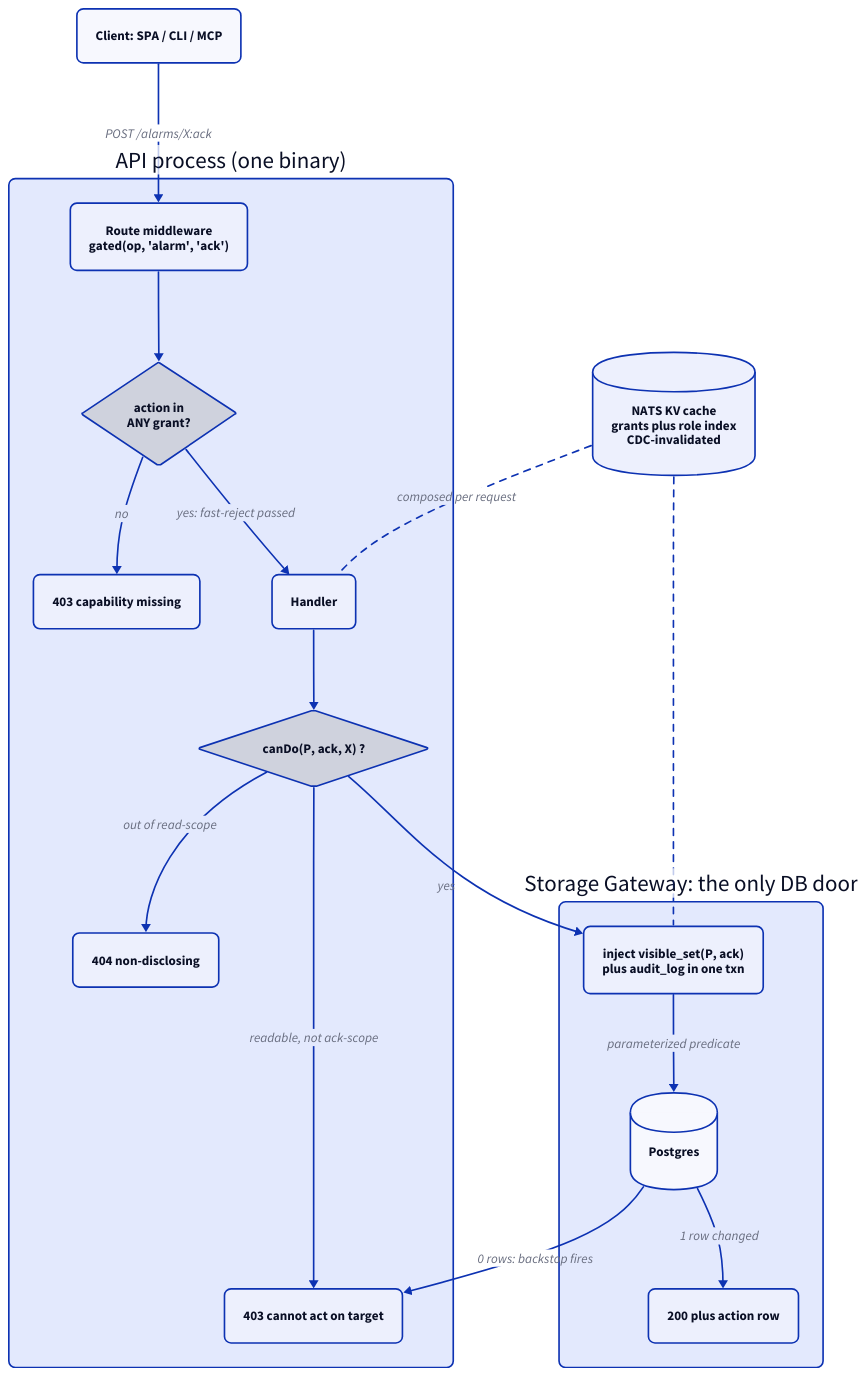
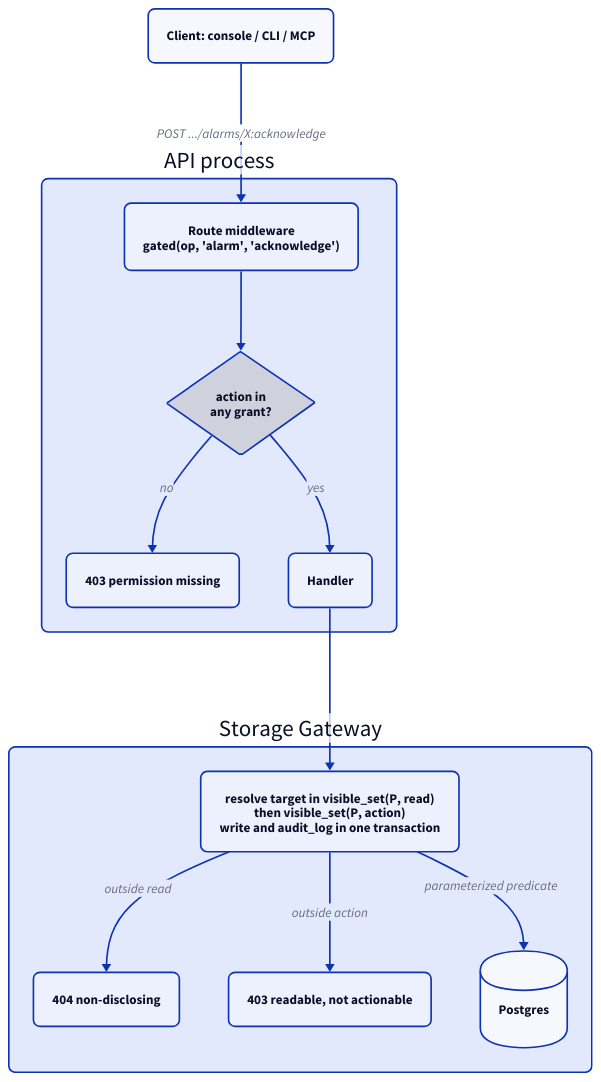
One commit to hyperscaleav/omniglass changed the diagram in docs/src/content/docs/architecture/identity-access.mdx. Above: the diagram before and after it, drawn with D2. The commit also changed other lines of this file and 8 other files, not shown here.

First line of the commit message:
docs: rebuild the Architecture platform pages

````diff
--- a/docs/src/content/docs/architecture/identity-access.mdx
+++ b/docs/src/content/docs/architecture/identity-access.mdx
@@ -443,38 +317,30 @@
 ```d2
 direction: down
 classes: {
   node: { style.border-radius: 8 }
   group: { style.border-radius: 8 }
 }
-client: "Client: SPA / CLI / MCP" { class: node }
-api: "API process (one binary)" {
+client: "Client: console / CLI / MCP" { class: node }
+api: "API process" {
   class: group
-  mw: "Route middleware\ngated(op, 'alarm', 'ack')" { class: node }
-  mwq: "action in\nANY grant?" { class: node; shape: diamond }
-  e403a: "403 capability missing" { class: node }
+  mw: "Route middleware\ngated(op, 'alarm', 'acknowledge')" { class: node }
+  mwq: "action in\nany grant?" { class: node; shape: diamond }
+  e403a: "403 permission missing" { class: node }
   handler: "Handler" { class: node }
-  hq: "canDo(P, ack, X) ?" { class: node; shape: diamond }
-  e403b: "403 cannot act on target" { class: node }
-  e404: "404 non-disclosing" { class: node }
   mw -> mwq
   mwq -> e403a: "no"
-  mwq -> handler: "yes: fast-reject passed"
-  handler -> hq
-  hq -> e403b: "readable, not ack-scope"
-  hq -> e404: "out of read-scope"
+  mwq -> handler: "yes"
 }
-gwbox: "Storage Gateway: the only DB door" {
+gwbox: "Storage Gateway" {
   class: group
-  gw: "inject visible_set(P, ack)\nplus audit_log in one txn" { class: node }
+  gw: "resolve target in visible_set(P, read)\nthen visible_set(P, action)\nwrite and audit_log in one transaction" { class: node }
+  e404: "404 non-disclosing" { class: node }
+  e403b: "403 readable, not actionable" { class: node }
   db: "Postgres" { class: node; shape: cylinder }
-  ok: "200 plus action row" { class: node }
+  gw -> e404: "outside read"
+  gw -> e403b: "outside action"
   gw -> db: "parameterized predicate"
-  db -> ok: "1 row changed"
 }
-kv: "NATS KV cache\ngrants plus role index\nCDC-invalidated" { class: node; shape: cylinder }
-client -> api.mw: "POST /alarms/X:ack"
-api.hq -> gwbox.gw: "yes"
-gwbox.db -> api.e403b: "0 rows: backstop fires"
-kv -- api.handler: "composed per request" { style.stroke-dash: 4 }
-kv -- gwbox.gw { style.stroke-dash: 4 }
+client -> api.mw: "POST .../alarms/X:acknowledge"
+api.handler -> gwbox.gw
 ```
````
